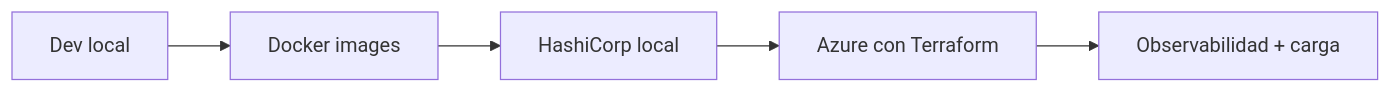
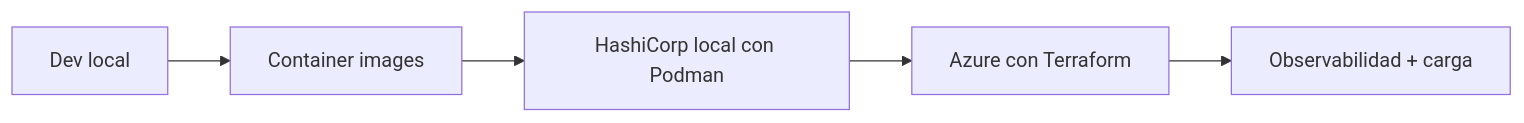
One commit to apuntesdejava/jakartaee-nomad-arch changed the first of 5 diagrams in README.md. Above: the diagram before and after it, drawn with Mermaid. The commit also changed other lines of this file and 1 other file, not shown here.

Commit message:
feat: add local environment setup documentation for Podman and HashiCorp tools

````diff
--- a/README.md
+++ b/README.md
@@ -24,7 +26,7 @@
 ```mermaid
 flowchart LR
-    D[Dev local] --> C[Docker images]
-    C --> H[HashiCorp local]
+    D[Dev local] --> C[Container images]
+    C --> H[HashiCorp local con Podman]
     H --> A[Azure con Terraform]
     A --> O[Observabilidad + carga]
 ```
````
